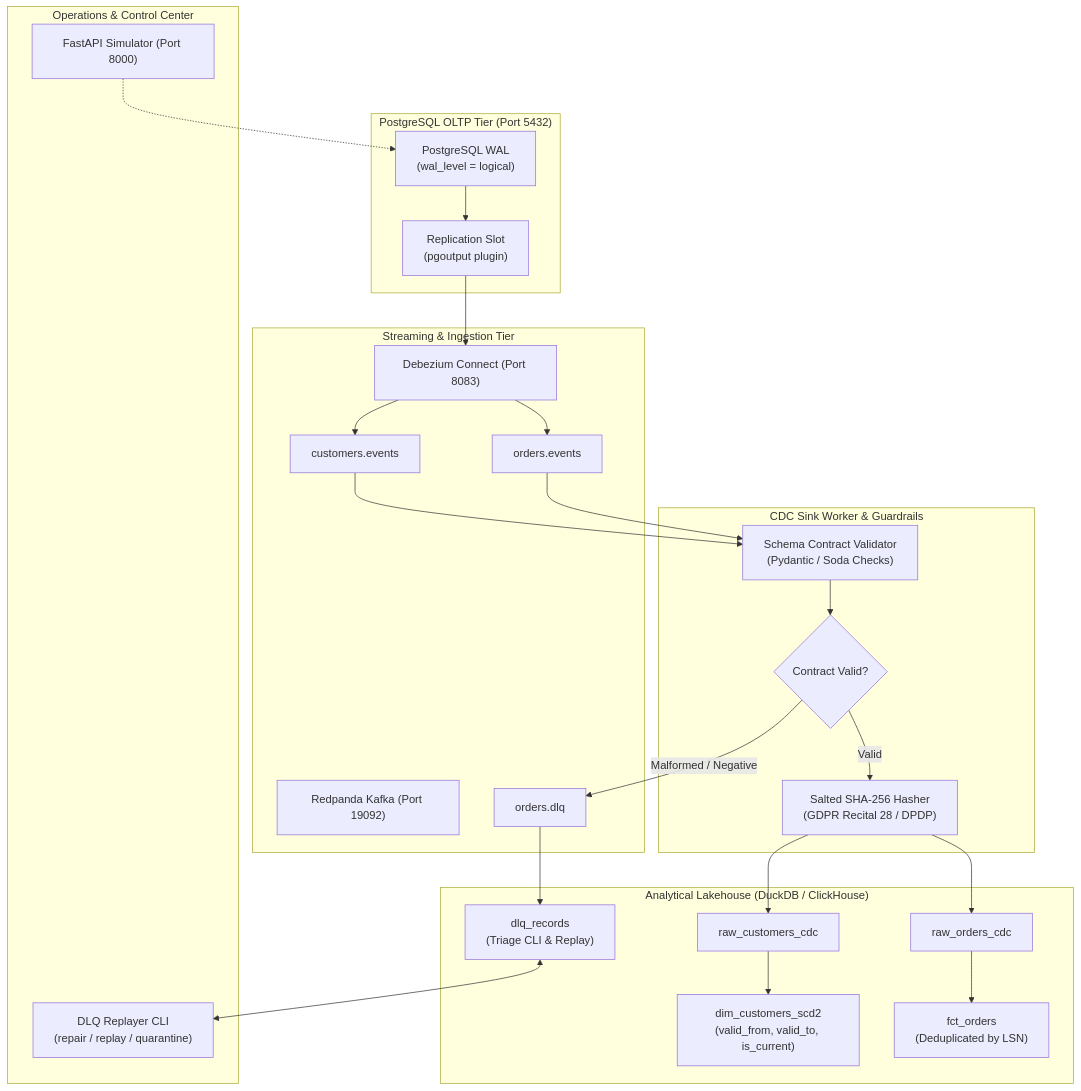
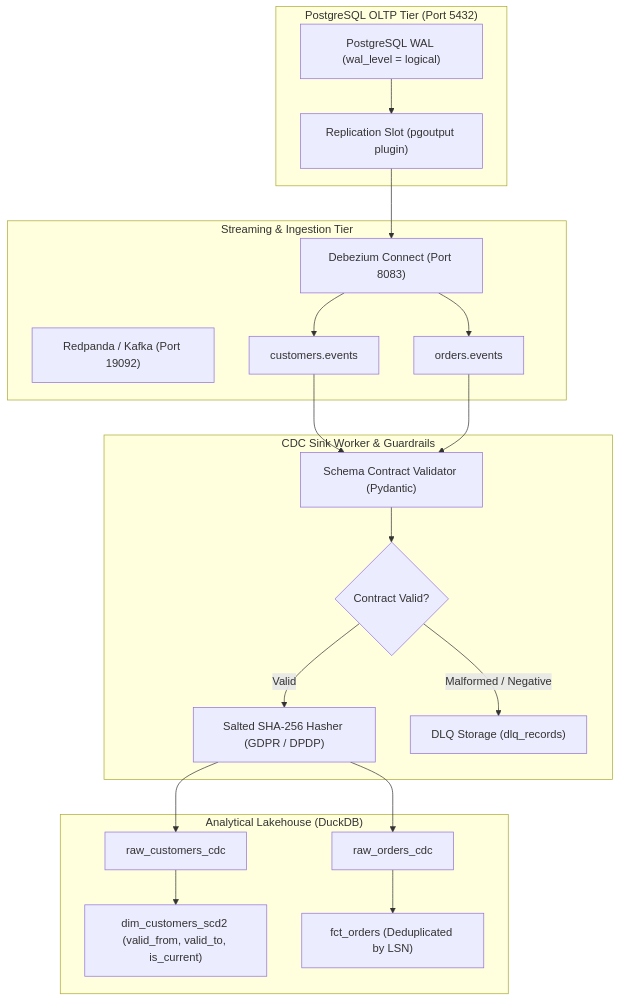
Before and after one commit to Yprnv7/postgres-cdc-lakehouse: the diagram in README.md, drawn with Mermaid. The commit also changed other lines of this file and 3 other files, not shown here.

````diff
--- a/README.md
+++ b/README.md
@@ -17,54 +45,44 @@
 ```mermaid
 flowchart TD
     subgraph OLTP ["PostgreSQL OLTP Tier (Port 5432)"]
-        WAL["PostgreSQL WAL<br/>(wal_level = logical)"]
-        SLOT["Replication Slot<br/>(pgoutput plugin)"]
+        WAL["PostgreSQL WAL (wal_level = logical)"]
+        SLOT["Replication Slot (pgoutput plugin)"]
         WAL --> SLOT
     end
 
     subgraph STREAM ["Streaming & Ingestion Tier"]
         DEB["Debezium Connect (Port 8083)"]
-        RP["Redpanda Kafka (Port 19092)"]
+        RP["Redpanda / Kafka (Port 19092)"]
         CUST_TOPIC["customers.events"]
         ORD_TOPIC["orders.events"]
-        DLQ_TOPIC["orders.dlq"]
 
         SLOT --> DEB
         DEB --> CUST_TOPIC
         DEB --> ORD_TOPIC
     end
 
     subgraph WORKER ["CDC Sink Worker & Guardrails"]
-        VAL["Schema Contract Validator<br/>(Pydantic / Soda Checks)"]
-        PII["Salted SHA-256 Hasher<br/>(GDPR Recital 28 / DPDP)"]
+        VAL["Schema Contract Validator (Pydantic)"]
+        PII["Salted SHA-256 Hasher (GDPR / DPDP)"]
         ROUTER{"Contract Valid?"}
+        DLQ_STORE["DLQ Storage (dlq_records)"]
 
         CUST_TOPIC --> VAL
         ORD_TOPIC --> VAL
         VAL --> ROUTER
-        ROUTER -- "Malformed / Negative" --> DLQ_TOPIC
+        ROUTER -- "Malformed / Negative" --> DLQ_STORE
         ROUTER -- "Valid" --> PII
     end
 
-    subgraph LAKEHOUSE ["Analytical Lakehouse (DuckDB / ClickHouse)"]
+    subgraph LAKEHOUSE ["Analytical Lakehouse (DuckDB)"]
         RAW_CUST["raw_customers_cdc"]
         RAW_ORD["raw_orders_cdc"]
-        SCD2["dim_customers_scd2<br/>(valid_from, valid_to, is_current)"]
-        FCT["fct_orders<br/>(Deduplicated by LSN)"]
-        DLQ_TABLE["dlq_records<br/>(Triage CLI & Replay)"]
+        SCD2["dim_customers_scd2 (valid_from, valid_to, is_current)"]
+        FCT["fct_orders (Deduplicated by LSN)"]
 
         PII --> RAW_CUST
         PII --> RAW_ORD
         RAW_CUST --> SCD2
         RAW_ORD --> FCT
-        DLQ_TOPIC --> DLQ_TABLE
-    end
-
-    subgraph APPS ["Operations & Control Center"]
-        UI["FastAPI Simulator (Port 8000)"]
-        CLI["DLQ Replayer CLI<br/>(repair / replay / quarantine)"]
-        
-        DLQ_TABLE <--> CLI
-        UI -.-> WAL
     end
 ```
````
